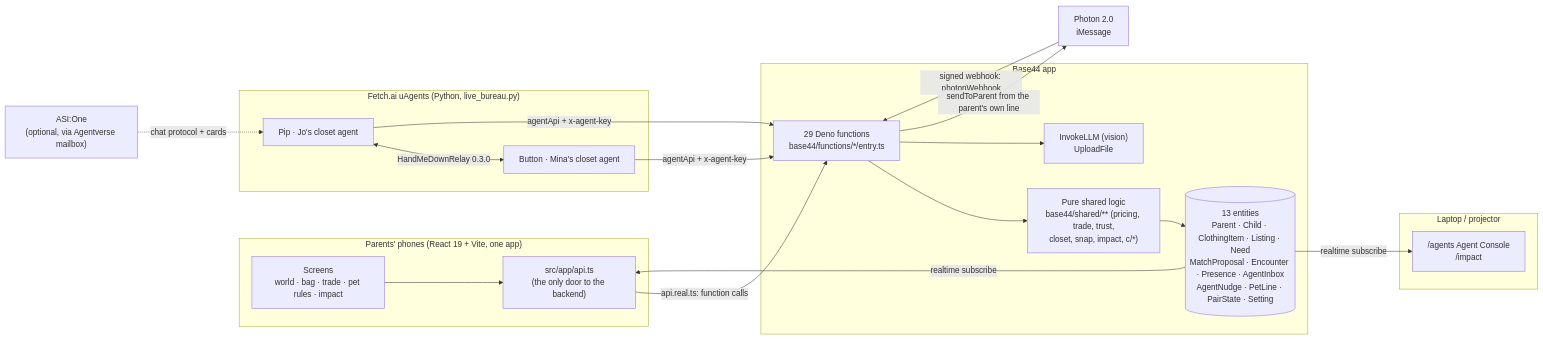
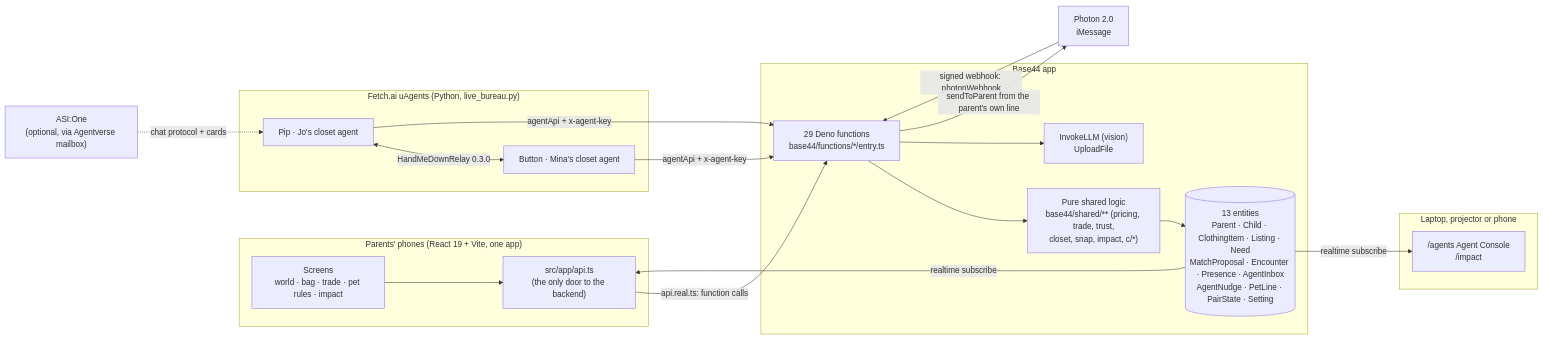
Before and after one commit to 96528025/SproutPass: the first of 4 diagrams in docs/submission/architecture.md, drawn with Mermaid. The commit also changed other lines of this file and 64 other files, not shown here.

````diff
--- a/docs/submission/architecture.md
+++ b/docs/submission/architecture.md
@@ -10,39 +10,39 @@
 ```mermaid
 flowchart LR
   subgraph Phones["Parents' phones (React 19 + Vite, one app)"]
     UI["Screens<br/>world · bag · trade · pet rules · impact"]
     API["src/app/api.ts<br/>(the only door to the backend)"]
     UI --> API
   end
 
-  subgraph Projector["Laptop / projector"]
+  subgraph Projector["Laptop, projector or phone"]
     CON["/agents Agent Console<br/>/impact"]
   end
 
   subgraph Base44["Base44 app"]
     FN["29 Deno functions<br/>base44/functions/*/entry.ts"]
     SH["Pure shared logic<br/>base44/shared/** (pricing, trade, trust,<br/>closet, snap, impact, c/*)"]
     ENT[("13 entities<br/>Parent · Child · ClothingItem · Listing · Need<br/>MatchProposal · Encounter · Presence · AgentInbox<br/>AgentNudge · PetLine · PairState · Setting")]
     LLM["InvokeLLM (vision)<br/>UploadFile"]
     FN --> SH --> ENT
     FN --> LLM
   end
 
   subgraph Agents["Fetch.ai uAgents (Python, live_bureau.py)"]
     AJ["Pip · Jo's closet agent"]
     AM["Button · Mina's closet agent"]
     AJ <-->|"HandMeDownRelay 0.3.0"| AM
   end
 
   PH["Photon 2.0<br/>iMessage"]
   ASI["ASI:One<br/>(optional, via Agentverse mailbox)"]
 
   API -->|"api.real.ts: function calls"| FN
   ENT -->|"realtime subscribe"| API
   ENT -->|"realtime subscribe"| CON
   AJ -->|"agentApi + x-agent-key"| FN
   AM -->|"agentApi + x-agent-key"| FN
   ASI -.->|"chat protocol + cards"| AJ
   PH -->|"signed webhook: photonWebhook"| FN
   FN -->|"sendToParent from the parent's own line"| PH
 ```
````
